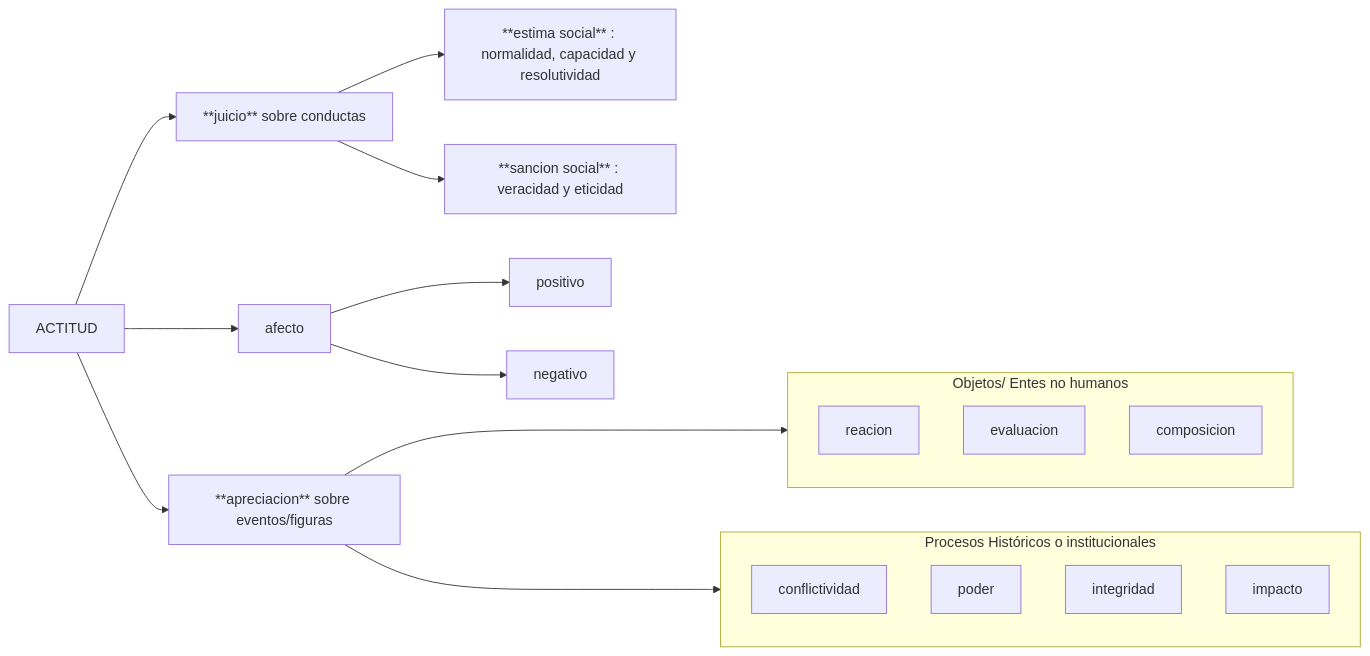
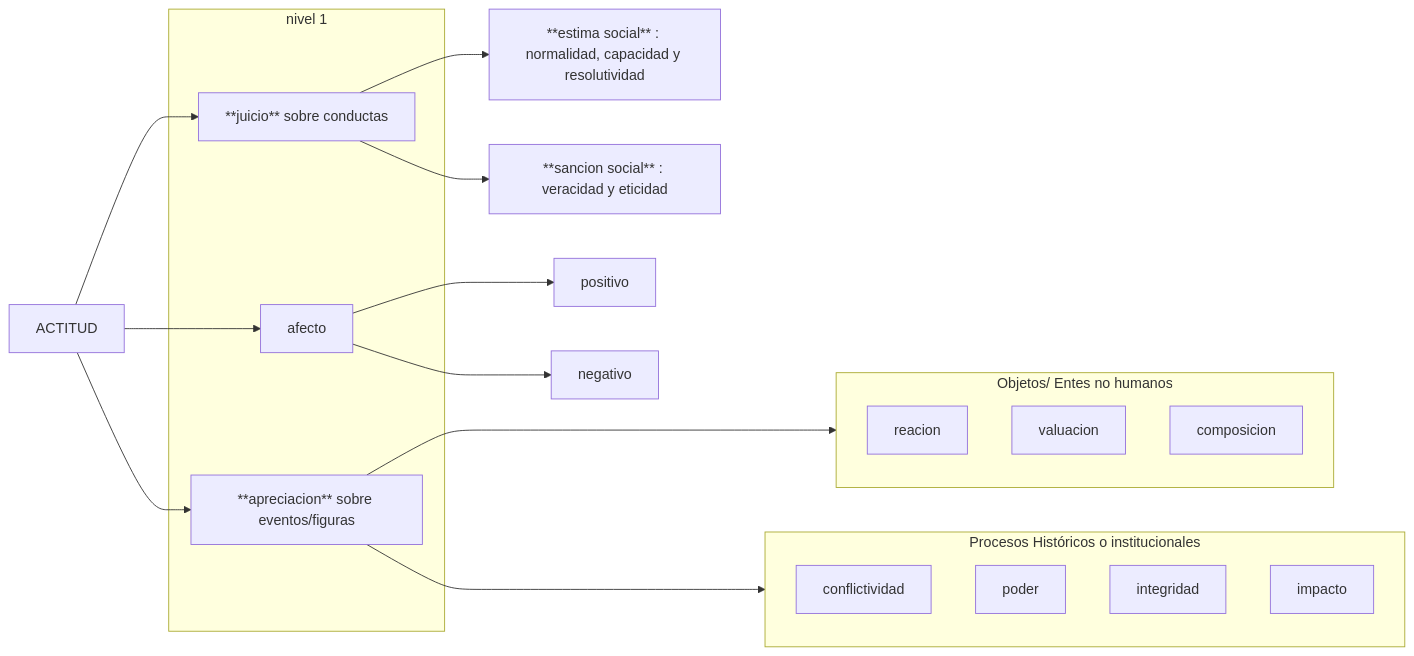
One commit to augusto-rp/phd_experiment2 changed the ninth of 9 diagrams in manuals/manual_codificacion.md. Above: the diagram before and after it, drawn with Mermaid. The commit also changed other lines of this file, not shown here.

````diff
--- a/manuals/manual_codificacion.md
+++ b/manuals/manual_codificacion.md
@@ -906,27 +960,31 @@
 ```mermaid
 graph LR;
 a[ACTITUD] --> b[**juicio** sobre conductas] & c[afecto] & d[**apreciacion** sobre eventos/figuras]
 
 1[conflictividad] 
 2[poder]
 4[integridad] 
 5[impacto]
 r[reacion] 
-ev[evaluacion] 
+ev[valuacion] 
 cm[composicion]
 
 b--> es[**estima social** : normalidad, capacidad y resolutividad] & ss[**sancion social** : veracidad y eticidad]
 
 c-->p[positivo] & n[negativo]
+
+subgraph sh0[nivel 1]
+b & c & d
+end
 
 subgraph sg1[Objetos/ Entes no humanos]
 r & ev & cm
 end
 
 subgraph sg2[Procesos Históricos o institucionales]
 1 & 2 & 4 & 5
 end
 
 
 d---> sg1 & sg2
 ```
````
